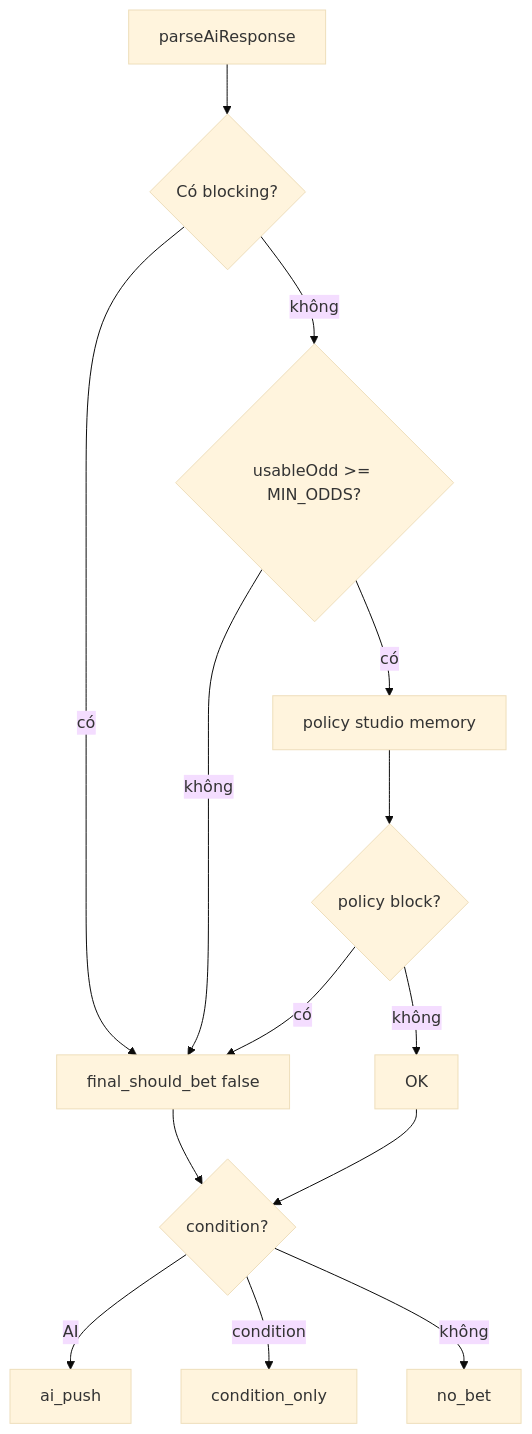
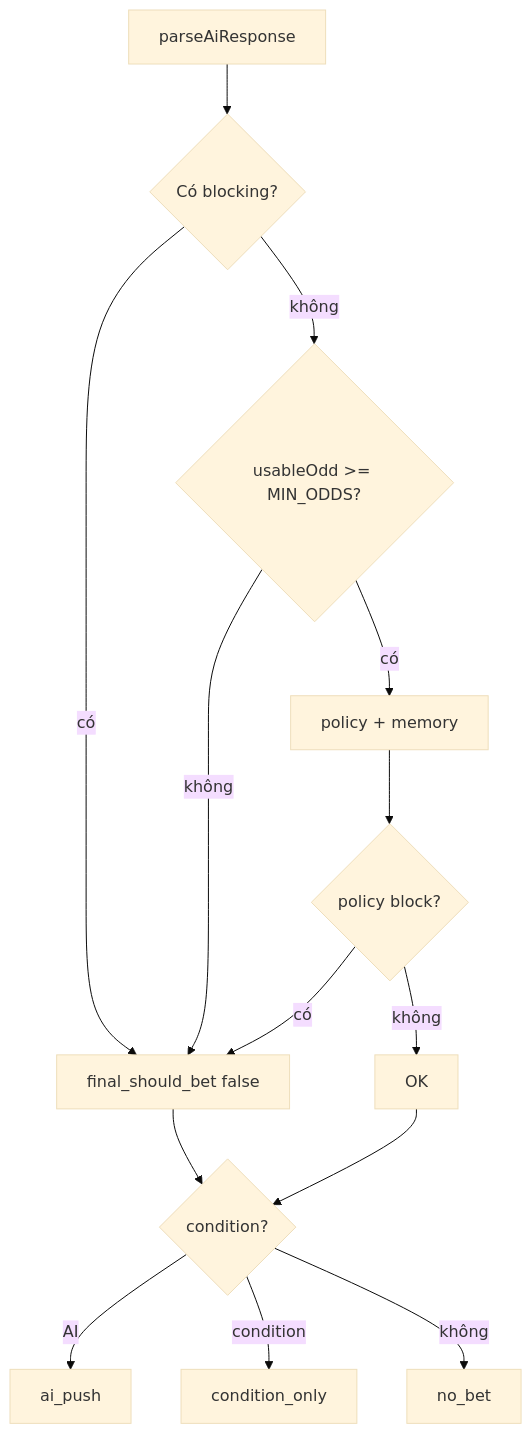
The third of 3 diagrams in docs/live-recommendation-pipeline-vi.md (thihx/tfi), drawn with Mermaid (base theme) before and after one commit. The commit also changed other lines of this file and 30 other files, not shown here.

````diff
--- a/docs/live-recommendation-pipeline-vi.md
+++ b/docs/live-recommendation-pipeline-vi.md
@@ -185,16 +185,16 @@
 ```mermaid
 flowchart TD
   A[parseAiResponse] --> B{Có blocking?}
   B -->|có| D[final_should_bet false]
   B -->|không| E{usableOdd >= MIN_ODDS?}
   E -->|không| D
-  E -->|có| F[policy studio memory]
+  E -->|có| F[policy + memory]
   F --> G{policy block?}
   G -->|có| D
   G -->|không| H[OK]
   D --> I{condition?}
   H --> I
   I -->|AI| J[ai_push]
   I -->|condition| K[condition_only]
   I -->|không| L[no_bet]
 ```
````
